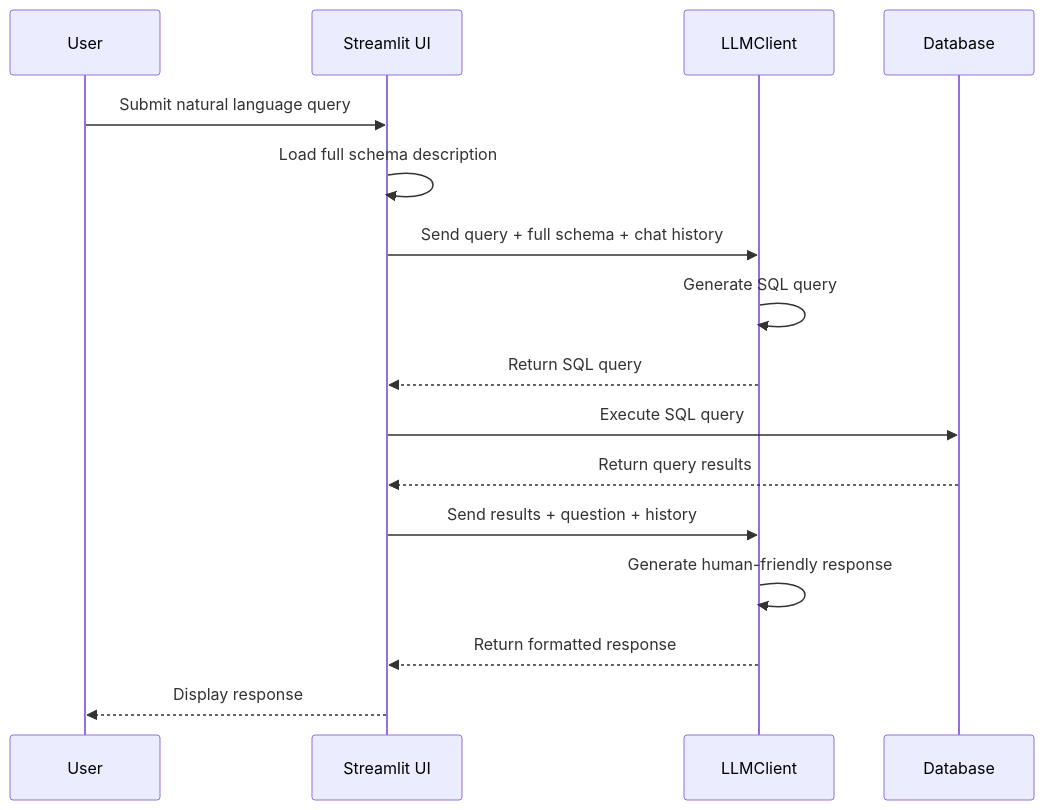
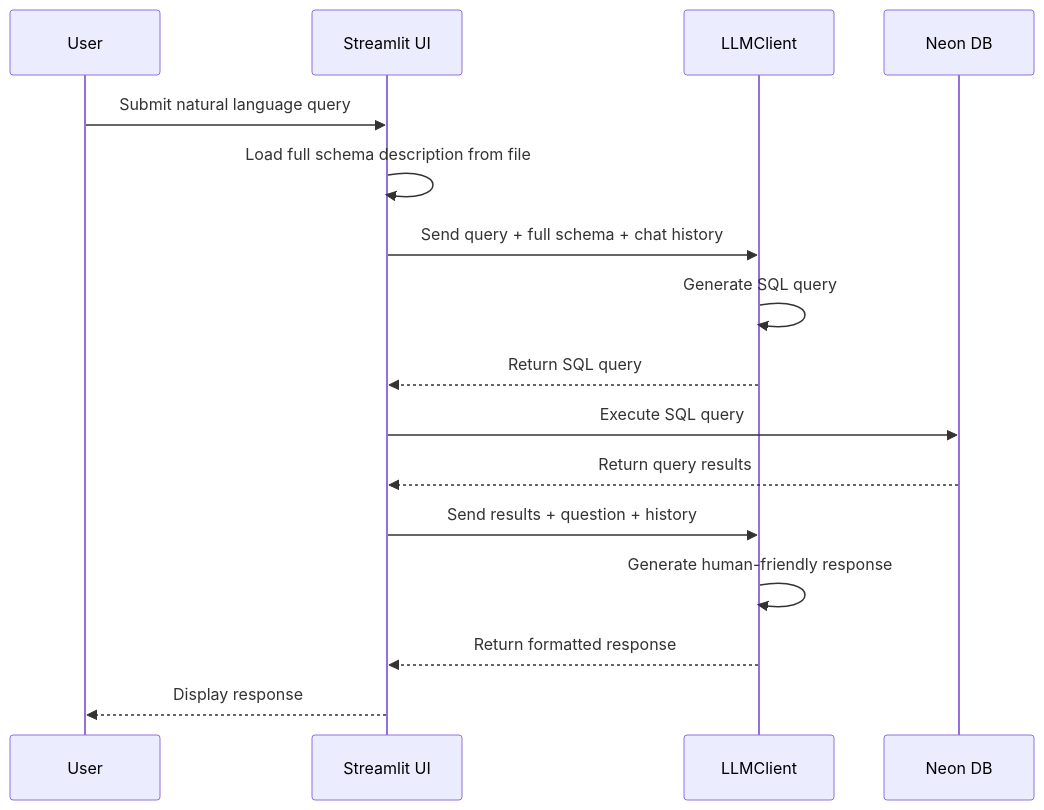
One commit to mcikalmerdeka/business-intelligence-chatbot changed the first of 2 diagrams in README.md. Above: the diagram before and after it, drawn with Mermaid. The commit also changed other lines of this file, not shown here.

````diff
--- a/README.md
+++ b/README.md
@@ -268,19 +279,19 @@
 ```mermaid
 sequenceDiagram
     participant User
     participant Streamlit UI
     participant LLMClient
-    participant Database
+    participant Neon DB
 
     User->>Streamlit UI: Submit natural language query
-    Streamlit UI->>Streamlit UI: Load full schema description
+    Streamlit UI->>Streamlit UI: Load full schema description from file
     Streamlit UI->>LLMClient: Send query + full schema + chat history
     LLMClient->>LLMClient: Generate SQL query
     LLMClient-->>Streamlit UI: Return SQL query
-    Streamlit UI->>Database: Execute SQL query
-    Database-->>Streamlit UI: Return query results
+    Streamlit UI->>Neon DB: Execute SQL query
+    Neon DB-->>Streamlit UI: Return query results
     Streamlit UI->>LLMClient: Send results + question + history
     LLMClient->>LLMClient: Generate human-friendly response
     LLMClient-->>Streamlit UI: Return formatted response
     Streamlit UI-->>User: Display response
 ```
````
